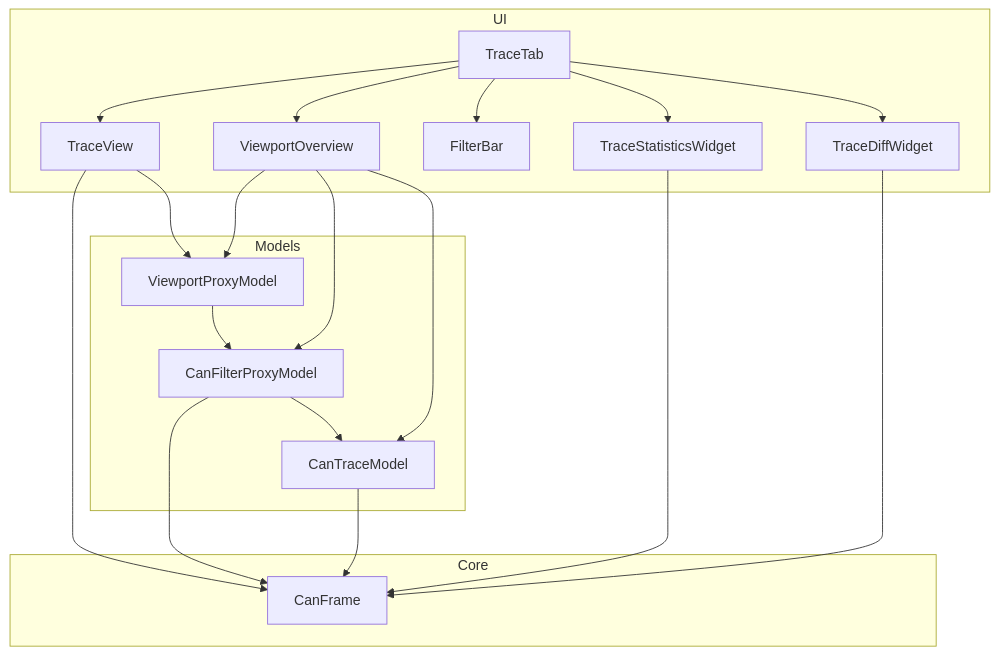
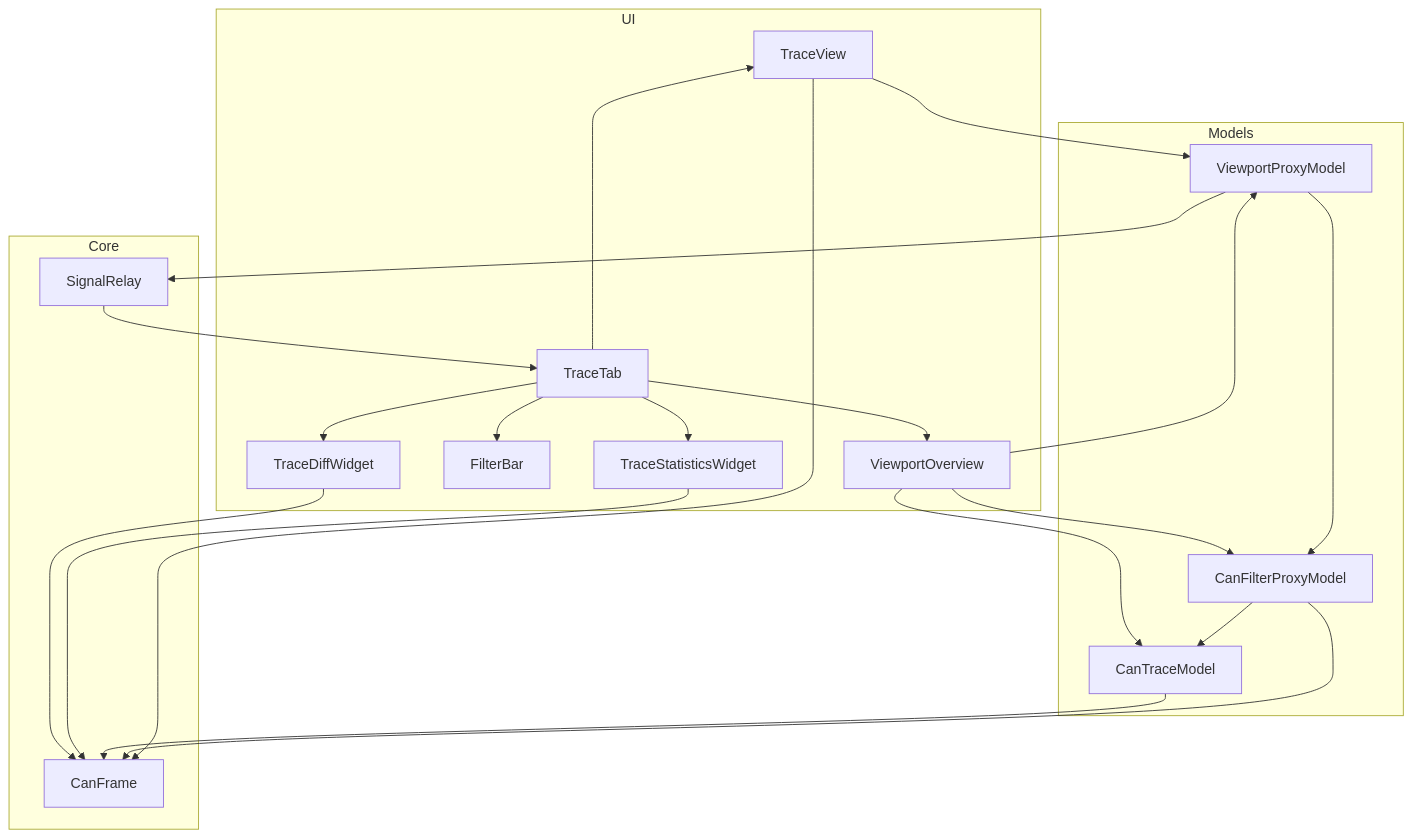
The first of 9 diagrams in .qoder/repowiki/zh/content/架构设计/UI系统设计/跟踪视图视口概览.md (jakecai1225-design/OpenBus), drawn with Mermaid before and after one commit. The commit also changed other lines of this file and 15 other files, not shown here.

Commit message:
trace graphic优化

````diff
--- a/.qoder/repowiki/zh/content/架构设计/UI系统设计/跟踪视图视口概览.md
+++ b/.qoder/repowiki/zh/content/架构设计/UI系统设计/跟踪视图视口概览.md
@@ -48,35 +54,38 @@
 ```mermaid
 graph TB
 subgraph "UI"
 TV["TraceView"]
 VO["ViewportOverview"]
 TT["TraceTab"]
 FB["FilterBar"]
 TSW["TraceStatisticsWidget"]
 TDW["TraceDiffWidget"]
 end
 subgraph "Models"
 CTM["CanTraceModel"]
 CFPM["CanFilterProxyModel"]
 VPM["ViewportProxyModel"]
 end
 subgraph "Core"
 CF["CanFrame"]
+SR["SignalRelay"]
 end
 TT --> TV
 TT --> VO
 TT --> FB
 TT --> TSW
 TT --> TDW
 TV --> VPM
 VPM --> CFPM
 CFPM --> CTM
 VO --> VPM
 VO --> CFPM
 VO --> CTM
 TV --> CF
 CFPM --> CF
 CTM --> CF
 TSW --> CF
 TDW --> CF
+VPM --> SR
+SR --> TT
 ```
````
